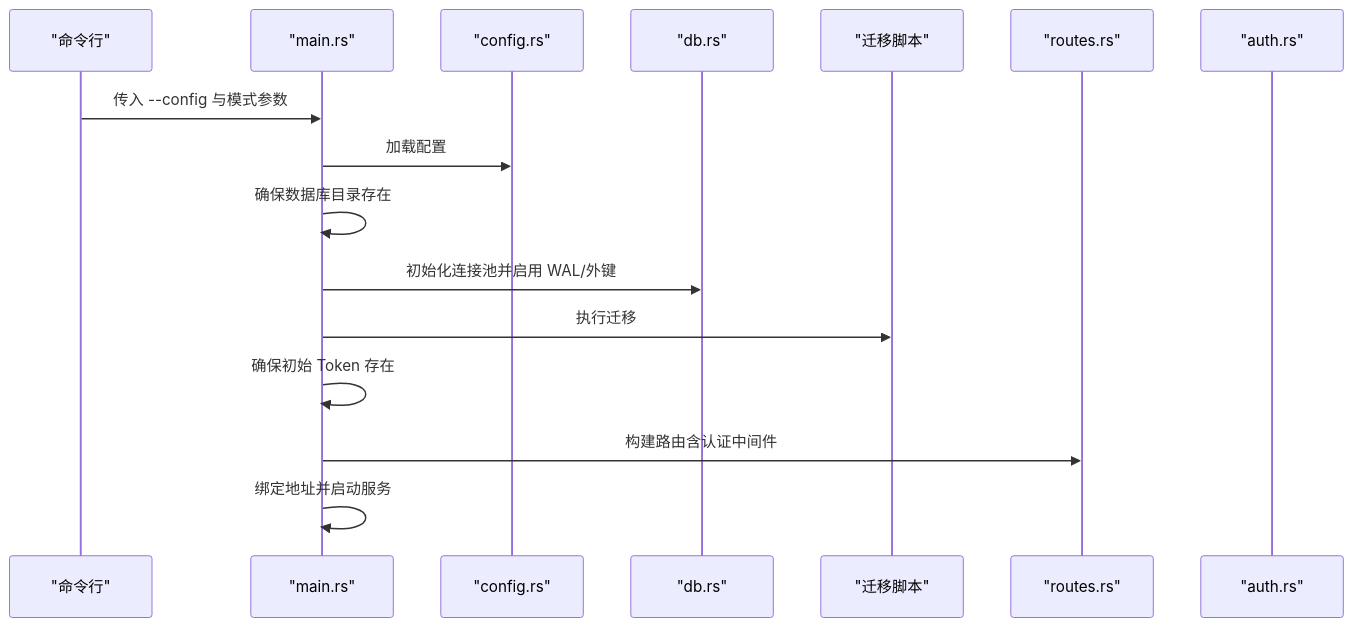
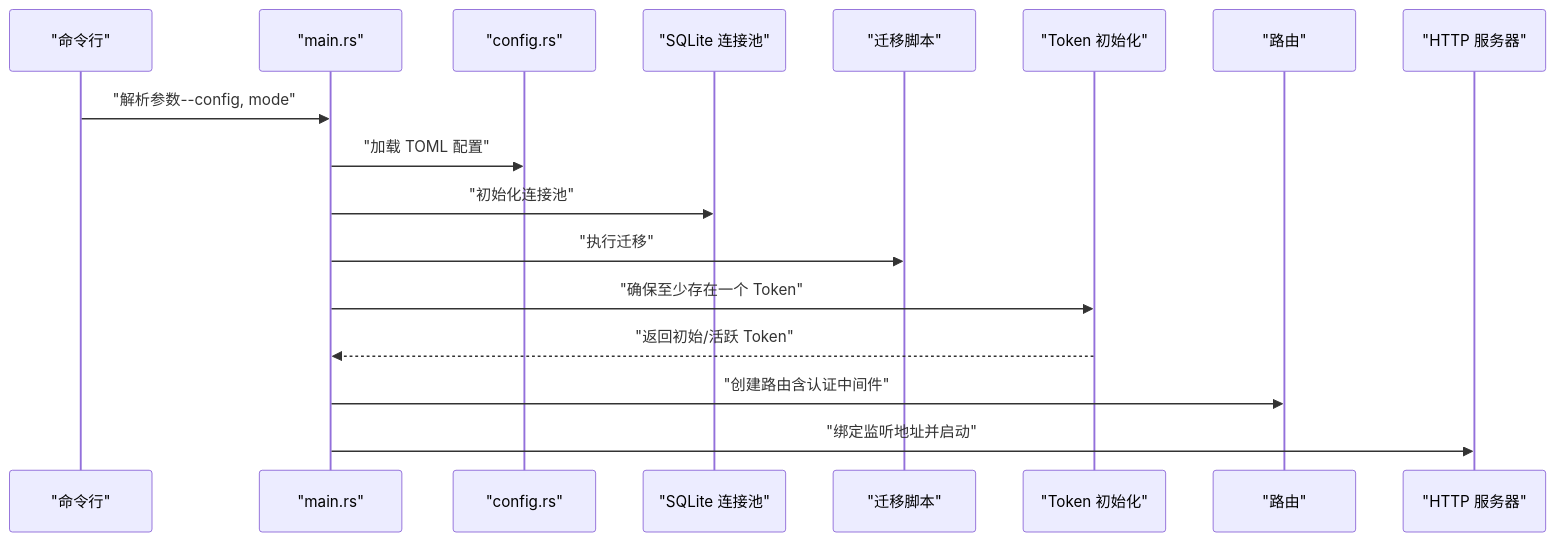
One commit to leimu-hue/AI-Trend-Tool changed the third of 3 diagrams in .qoder/repowiki/zh/content/快速开始.md. Above: the diagram before and after it, drawn with Mermaid. The commit also changed other lines of this file and 162 other files, not shown here.

````diff
--- a/.qoder/repowiki/zh/content/快速开始.md
+++ b/.qoder/repowiki/zh/content/快速开始.md
@@ -116,18 +197,19 @@
 ```mermaid
 sequenceDiagram
 participant CLI as "命令行"
 participant Main as "main.rs"
 participant Config as "config.rs"
-participant DB as "db.rs"
-participant Mig as "迁移脚本"
-participant Route as "routes.rs"
-participant Auth as "auth.rs"
-CLI->>Main : 传入 --config 与模式参数
-Main->>Config : 加载配置
-Main->>Main : 确保数据库目录存在
-Main->>DB : 初始化连接池并启用 WAL/外键
-Main->>Mig : 执行迁移
-Main->>Main : 确保初始 Token 存在
-Main->>Route : 构建路由含认证中间件
-Main->>Main : 绑定地址并启动服务
+participant DB as "SQLite 连接池"
+participant Migrate as "迁移脚本"
+participant Token as "Token 初始化"
+participant Router as "路由"
+participant Server as "HTTP 服务器"
+CLI->>Main : "解析参数--config, mode"
+Main->>Config : "加载 TOML 配置"
+Main->>DB : "初始化连接池"
+Main->>Migrate : "执行迁移"
+Main->>Token : "确保至少存在一个 Token"
+Token-->>Main : "返回初始/活跃 Token"
+Main->>Router : "创建路由含认证中间件"
+Main->>Server : "绑定监听地址并启动"
 ```
````
